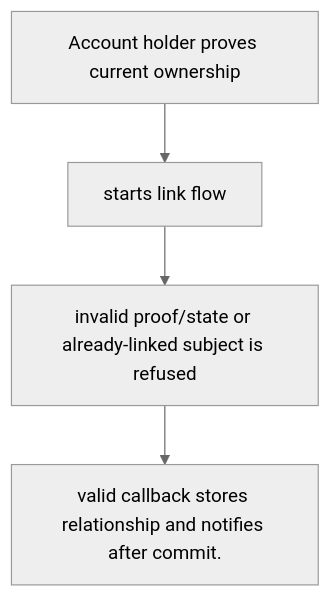
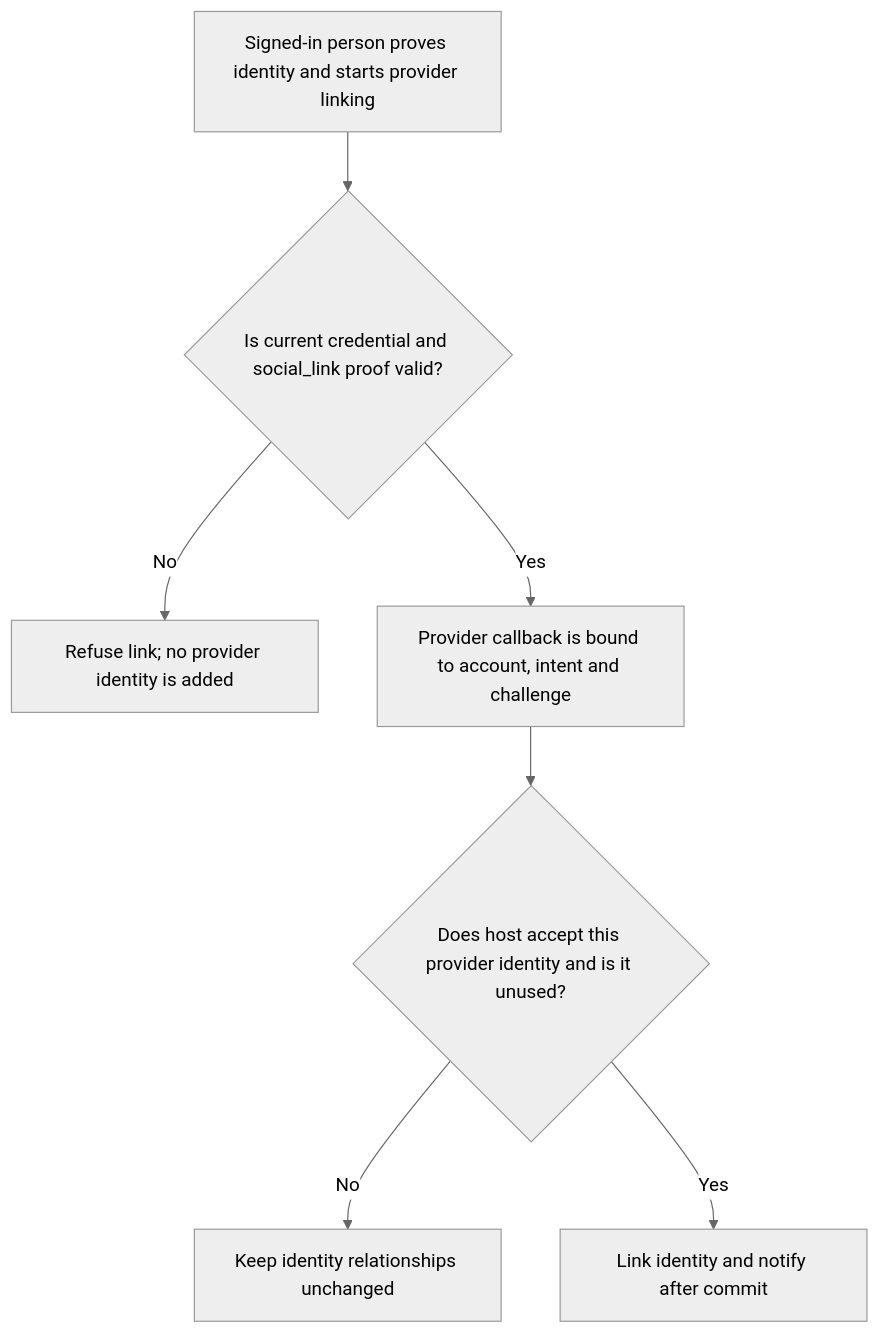
One commit to Kevinjohn/oss-adonisjs-account-kit changed the first of 2 diagrams in user-stories/US-ACCOUNT-21-link-social-identity.md. Above: the diagram before and after it, drawn with Mermaid (neutral theme). The commit also changed other lines of this file and 9 other files, not shown here.

Commit message:
docs: clarify session and social account journeys

````diff
--- a/user-stories/US-ACCOUNT-21-link-social-identity.md
+++ b/user-stories/US-ACCOUNT-21-link-social-identity.md
@@ -20,10 +18,9 @@
 ```mermaid
 flowchart TD
-    U0["Account holder proves current ownership"]
-    U1["starts link flow"]
-    U0 --> U1
-    U2["invalid proof/state or already-linked subject is refused"]
-    U1 --> U2
-    U3["valid callback stores relationship and notifies after commit."]
-    U2 --> U3
+ A["Signed-in person proves identity and starts provider linking"] --> B{"Is current credential and social_link proof valid?"}
+ B -->|No| C["Refuse link; no provider identity is added"]
+ B -->|Yes| D["Provider callback is bound to account, intent and challenge"]
+ D --> E{"Does host accept this provider identity and is it unused?"}
+ E -->|No| F["Keep identity relationships unchanged"]
+ E -->|Yes| G["Link identity and notify after commit"]
 ```
````
